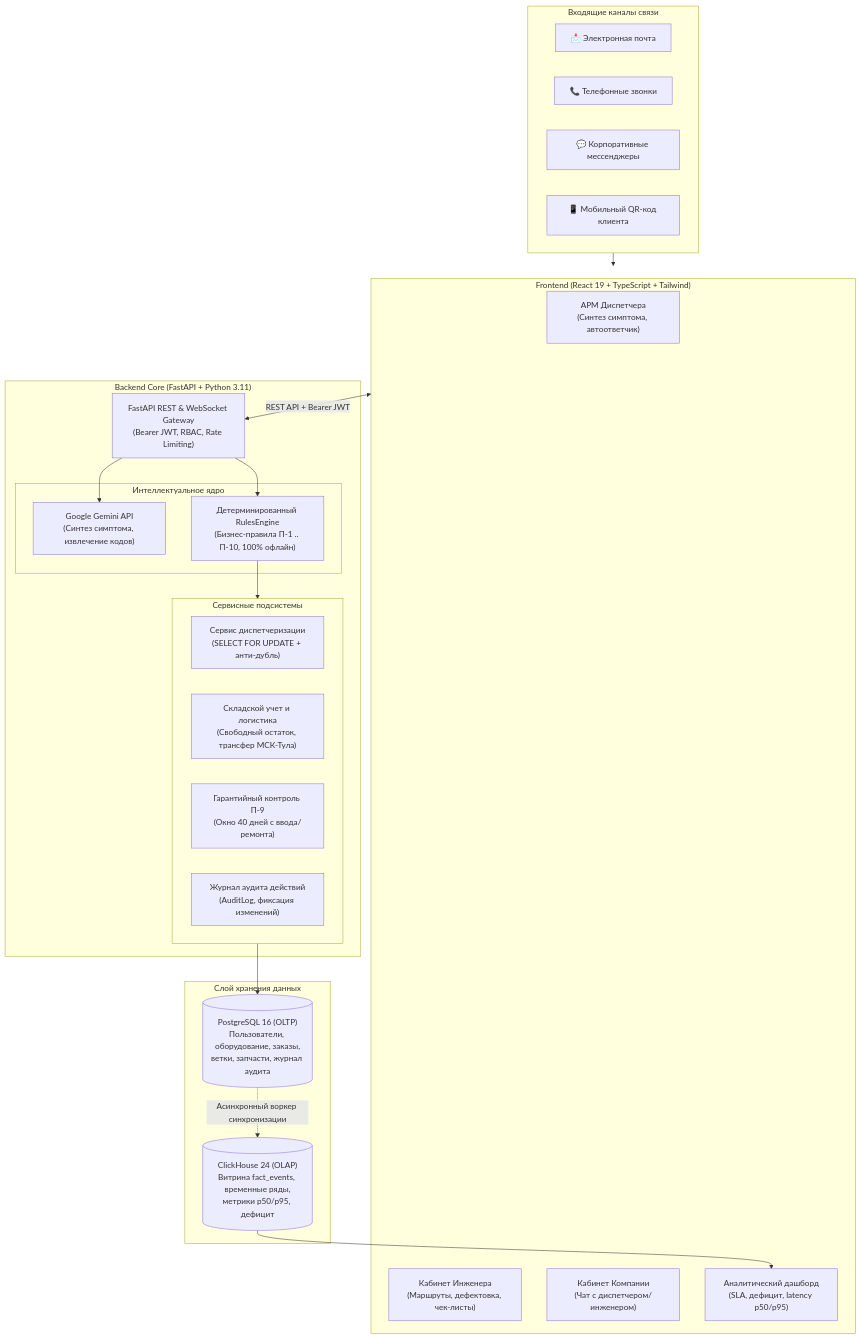
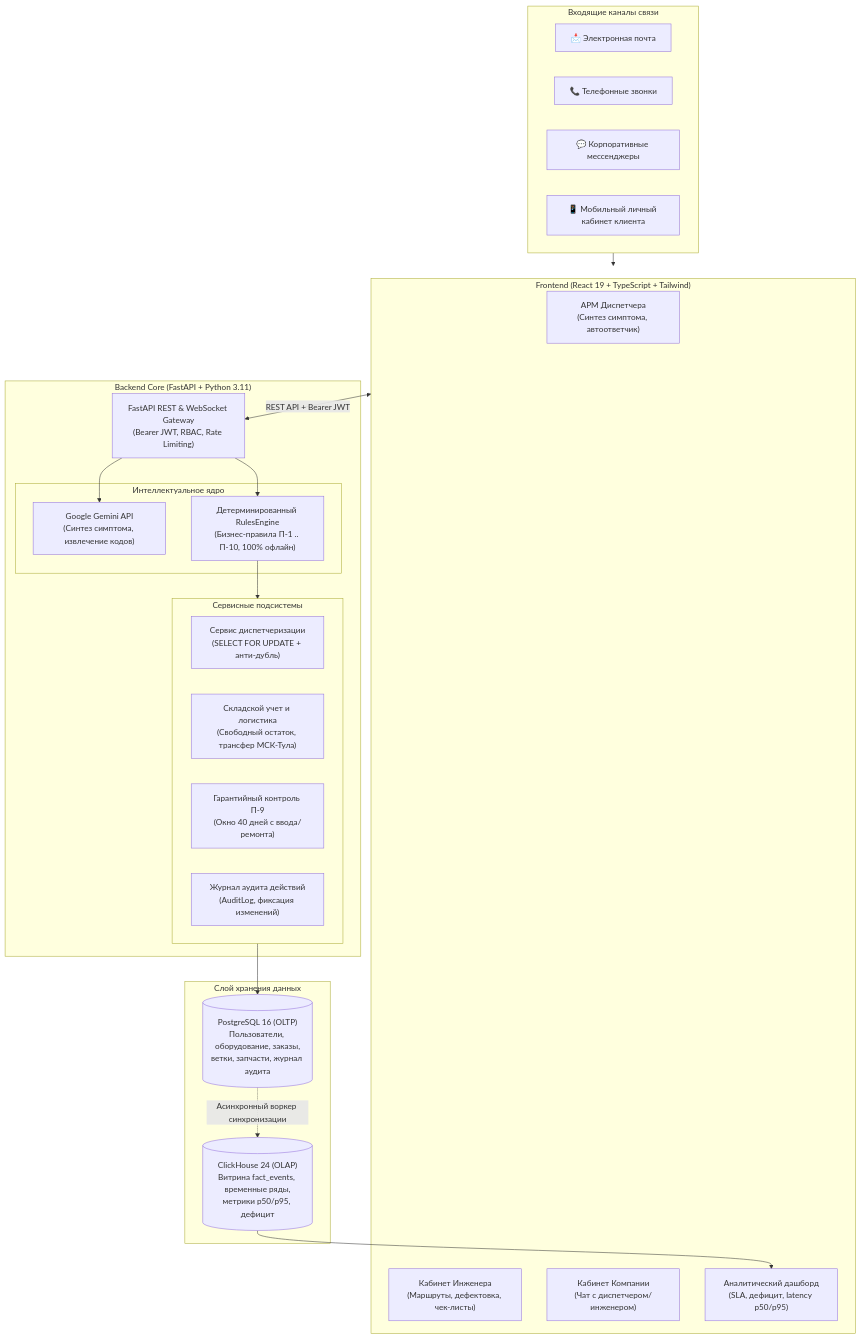
The diagram in README.md (mihail-grigorev/ServFlow), drawn with Mermaid before and after one commit. The commit also changed other lines of this file and 17 other files, not shown here.

````diff
--- a/README.md
+++ b/README.md
@@ -54,46 +54,46 @@
 ```mermaid
 flowchart TD
     subgraph Clients[" Входящие каналы связи "]
         C1["📩 Электронная почта"]
         C2["📞 Телефонные звонки"]
         C3["💬 Корпоративные мессенджеры"]
-        C4["📱 Мобильный QR-код клиента"]
+        C4["📱 Мобильный личный кабинет клиента"]
     end
 
     subgraph Frontend[" Frontend (React 19 + TypeScript + Tailwind) "]
         UI_D["АРМ Диспетчера<br/>(Синтез симптома, автоответчик)"]
         UI_E["Кабинет Инженера<br/>(Маршруты, дефектовка, чек-листы)"]
         UI_C["Кабинет Компании<br/>(Чат с диспетчером/инженером)"]
         UI_A["Аналитический дашборд<br/>(SLA, дефицит, latency p50/p95)"]
     end
 
     subgraph Backend[" Backend Core (FastAPI + Python 3.11) "]
         API_GW["FastAPI REST & WebSocket Gateway<br/>(Bearer JWT, RBAC, Rate Limiting)"]
         
         subgraph Intelligence[" Интеллектуальное ядро "]
             LLM["Google Gemini API<br/>(Синтез симптома, извлечение кодов)"]
             RULES["Детерминированный RulesEngine<br/>(Бизнес-правила П-1 .. П-10, 100% офлайн)"]
         end
 
         subgraph CoreServices[" Сервисные подсистемы "]
             DISPATCH["Сервис диспетчеризации<br/>(SELECT FOR UPDATE + анти-дубль)"]
             STOCK["Складской учет и логистика<br/>(Свободный остаток, трансфер МСК-Тула)"]
             WARRANTY["Гарантийный контроль П-9<br/>(Окно 40 дней с ввода/ремонта)"]
             AUDIT["Журнал аудита действий<br/>(AuditLog, фиксация изменений)"]
         end
     end
 
     subgraph Storage[" Слой хранения данных "]
         PG[("PostgreSQL 16 (OLTP)<br/>Пользователи, оборудование, заказы,<br/>ветки, запчасти, журнал аудита")]
         CH[("ClickHouse 24 (OLAP)<br/>Витрина fact_events, временные ряды,<br/>метрики p50/p95, дефицит")]
     end
 
     Clients --> Frontend
     Frontend <-->|REST API + Bearer JWT| API_GW
     API_GW --> LLM
     API_GW --> RULES
     RULES --> CoreServices
     CoreServices --> PG
     PG -.->|Асинхронный воркер синхронизации| CH
     CH --> UI_A
 ```
````
